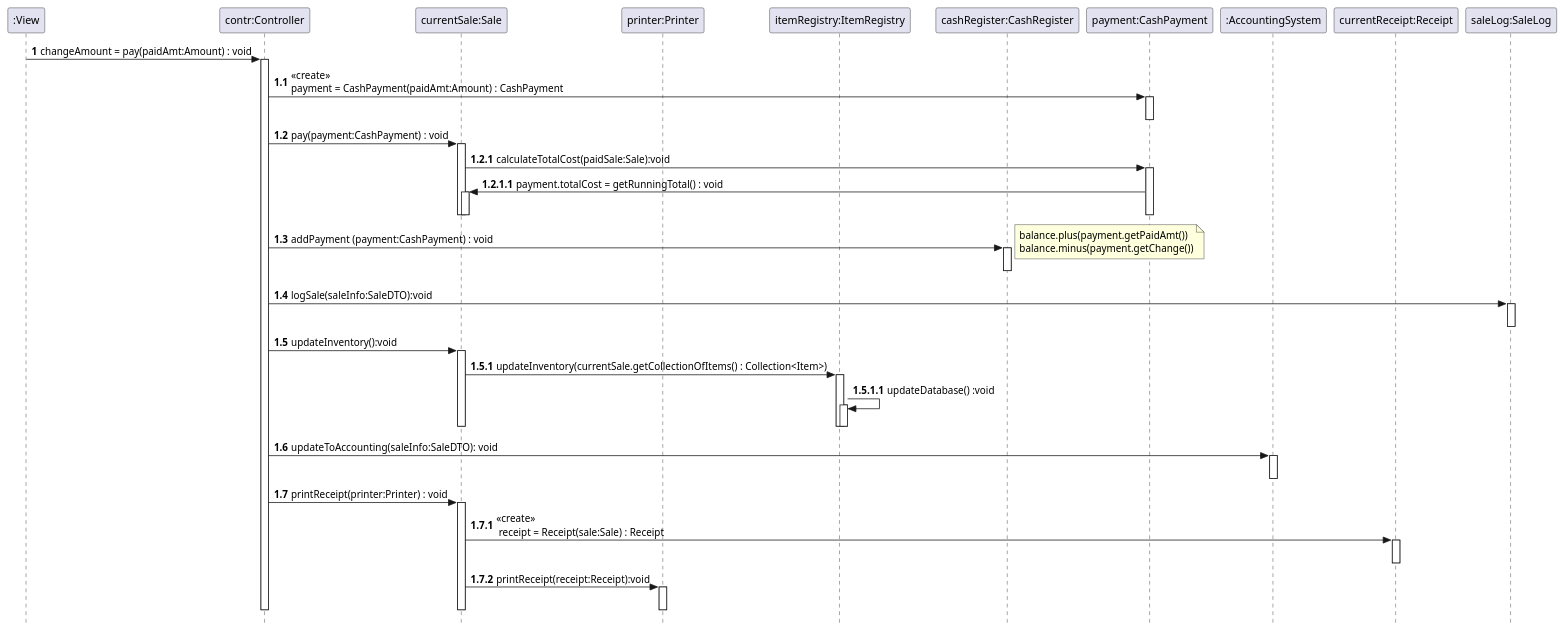
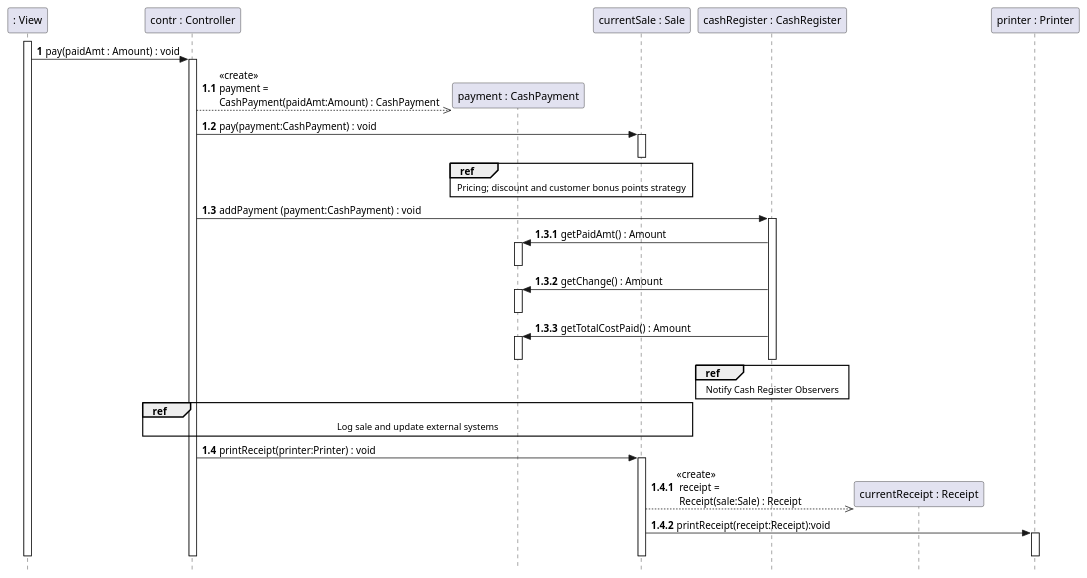
Before and after one commit to VincentFerrigan/kth-iv1350-object-oriented-design: the tenth of 11 diagrams in uml/uml_v3.puml, drawn with PlantUML. The commit also changed other lines of this file and 37 other files, not shown here.

First line of the commit message:
Semi-Final uml and docs (#10)

```diff
--- a/uml/uml_v3.puml
+++ b/uml/uml_v3.puml
@@ -521,80 +586,110 @@
 @startuml
 skinparam style strictuml
 'title addPayment
 
-participant ":View" as View
-participant "contr:Controller" as contr
-participant "currentSale:Sale" as currentSale
-participant "printer:Printer" as printer
-participant "itemRegistry:ItemRegistry" as itemRegistry
-participant "cashRegister:CashRegister" as cashRegister
-participant "payment:CashPayment" as payment
-participant ":AccountingSystem" as AccountingSystem
-participant "currentReceipt:Receipt" as currentReceipt
-participant "saleLog:SaleLog" as saleLog
+'TODO: HÄR ÄR DU.
+participant ": View" as View
+participant "contr : Controller" as contr
+participant "payment : CashPayment" as payment
+participant "currentSale : Sale" as currentSale
+participant "cashRegister : CashRegister" as cashRegister
+participant "currentReceipt : Receipt" as currentReceipt
+participant "printer : Printer" as printer
 
-
+activate View
 autonumber 1
-'View -> contr : changeAmount = pay(payment:CashPayment) : Amount
-View -> contr : changeAmount = pay(paidAmt:Amount) : void
+View -> contr : pay(paidAmt : Amount) : void
 activate contr
+create payment
 autonumber 1.1
-contr -> payment : <<create>> \npayment = CashPayment(paidAmt:Amount) : CashPayment
-activate payment
-deactivate payment
+contr -[dashed]->> payment : <<create>> \npayment = \nCashPayment(paidAmt:Amount) : CashPayment
 autonumber 1.2
 contr -> currentSale : pay(payment:CashPayment) : void
 activate currentSale
-autonumber 1.2.1
-currentSale -> payment : calculateTotalCost(paidSale:Sale):void
-activate payment
-autonumber 1.2.1.1
-payment -> currentSale : payment.totalCost = getRunningTotal() : void
-activate currentSale
+ref over currentSale, payment
+Pricing; discount and customer bonus points strategy
+'TODO ref:
+end
+deactivate currentSale
+
 deactivate currentSale
 deactivate payment
 deactivate currentSale
 autonumber 1.3
 contr -> cashRegister : addPayment (payment:CashPayment) : void
 activate cashRegister
 autonumber 1.3.1
-note right : balance.plus(payment.getPaidAmt())\nbalance.minus(payment.getChange())
+cashRegister -> payment : getPaidAmt() : Amount
+activate payment
+deactivate payment
+cashRegister -> payment : getChange() : Amount
+activate payment
+deactivate payment
+cashRegister -> payment : getTotalCostPaid() : Amount
+activate payment
+deactivate payment
+ref over cashRegister
+Notify Cash Register Observers
+end ref
 deactivate cashRegister
 
-
+ref over contr, currentSale
+Log sale and update external systems
+'TODO ref:
+'participant "contr : Controller" as contr
+'participant "currentSale : Sale" as currentSale
+'participant "saleLog:SaleLog" as saleLog
+'participant ": AccountingSystem" as AccountingSystem
+'participant "customerRegistry : CustomerRegistry" as customerRegistry
+'participant "itemRegistry : ItemRegistry" as itemRegistry
+'autonumber 1.4
+'contr -> saleLog:logSale(currentSale : Sale):void
+'activate saleLog
+'deactivate saleLog
+'
+'autonumber 1.5
+'contr -> AccountingSystem : updateToAccounting(currentSale : Sale): void
+'activate AccountingSystem
+'autonumber 1.5.1
+'AccountingSystem -> AccountingSystem : updateDatabase() :void
+'activate AccountingSystem
+'deactivate AccountingSystem
+'deactivate AccountingSystem
+'
+'autonumber 1.6
+'contr -> customerRegistry : updateToAccounting(currentSale : Sale): void
+'activate customerRegistry
+'autonumber 1.6.1
+'customerRegistry -> customerRegistry : updateDatabase() :void
+'activate customerRegistry
+'deactivate customerRegistry
+'deactivate customerRegistry
+'
+'autonumber 1.7
+'contr -> itemRegistry : updateInventory(currentSale : Sale)
+'activate itemRegistry
+'autonumber 1.7.1
+'itemRegistry -> itemRegistry : updateDatabase() :void
+'activate itemRegistry
+'deactivate itemRegistry
+'deactivate itemRegistry
+'deactivate currentSale
+end ref
 autonumber 1.4
-contr -> saleLog:logSale(saleInfo:SaleDTO):void
-activate saleLog
-deactivate saleLog
-
-autonumber 1.5
-contr -> currentSale : updateInventory():void
-activate currentSale
-autonumber 1.5.1
-currentSale -> itemRegistry : updateInventory(currentSale.getCollectionOfItems() : Collection<Item>)
-activate itemRegistry
-autonumber 1.5.1.1
-itemRegistry -> itemRegistry : updateDatabase() :void
-activate itemRegistry
-deactivate itemRegistry
-deactivate itemRegistry
-deactivate currentSale
-autonumber 1.6
-contr -> AccountingSystem : updateToAccounting(saleInfo:SaleDTO): void
-activate AccountingSystem
-deactivate AccountingSystem
-autonumber 1.7
 contr -> currentSale : printReceipt(printer:Printer) : void
 activate currentSale
-autonumber 1.7.1
-currentSale -> currentReceipt : <<create>>\n receipt = Receipt(sale:Sale) : Receipt
-activate currentReceipt
-deactivate currentReceipt
-autonumber 1.7.2
+create currentReceipt
+autonumber 1.4.1
+currentSale -[dashed]->> currentReceipt : <<create>>\n receipt = \n Receipt(sale:Sale) : Receipt
+'activate currentReceipt
+'deactivate currentReceipt
+autonumber 1.4.2
 currentSale -> printer :printReceipt(receipt:Receipt):void
 activate printer
 deactivate printer
 deactivate currentSale
 deactivate contr
+deactivate View
 autonumber stop
+
 @enduml
```
